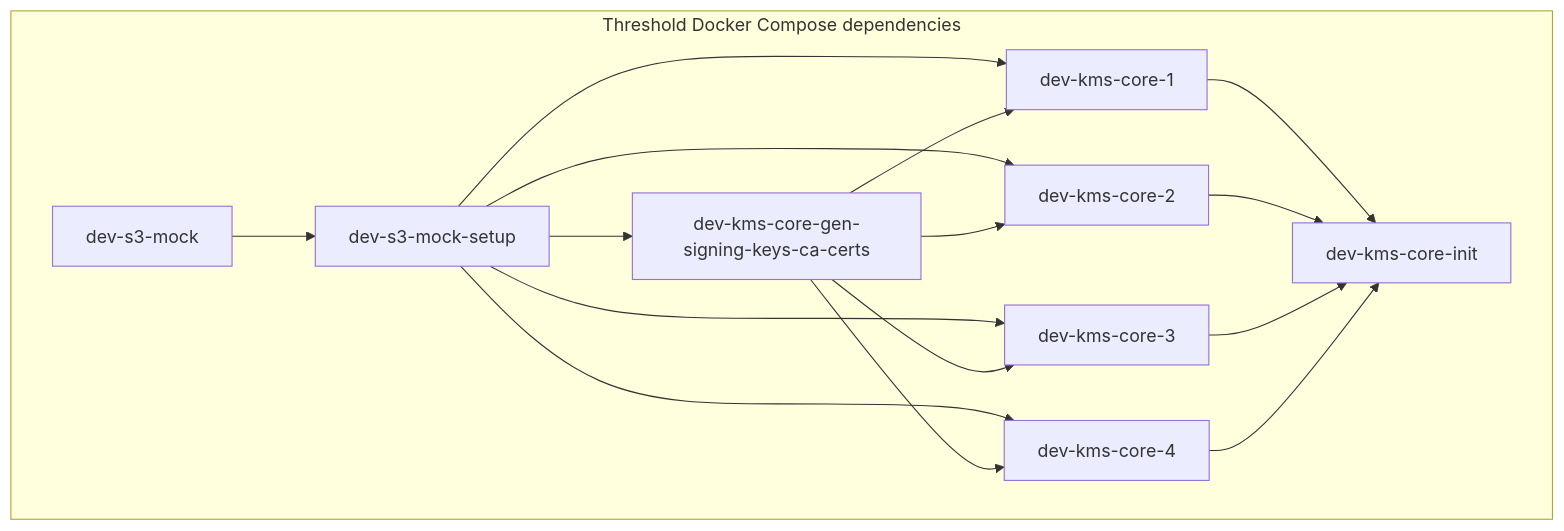
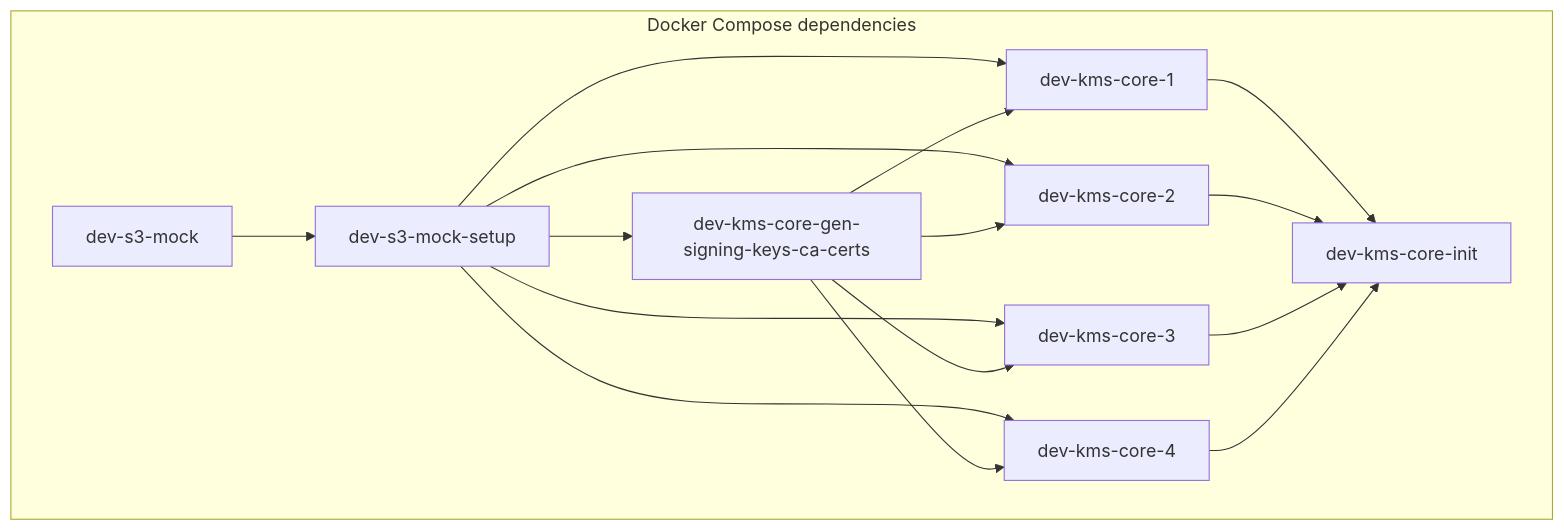
The second of 2 diagrams in docker-compose.md (zama-ai/kms), drawn with Mermaid before and after one commit. The commit also changed other lines of this file and 35 other files, not shown here.

````diff
--- a/docker-compose.md
+++ b/docker-compose.md
@@ -40,33 +50,33 @@
 ```mermaid
 graph
-  subgraph Threshold Docker Compose dependencies
+  subgraph Docker Compose dependencies
     direction LR
     dsm[dev-s3-mock]
     dsms[dev-s3-mock-setup]
     dsm --> dsms
 
     dkcc[dev-kms-core-gen-signing-keys-ca-certs]
     dsms --> dkcc
 
     dkc1[dev-kms-core-1]
     dkc2[dev-kms-core-2]
     dkc3[dev-kms-core-3]
     dkc4[dev-kms-core-4]
 
     dsms --> dkc1
     dsms --> dkc2
     dsms --> dkc3
     dsms --> dkc4
 
     dkcc --> dkc1
     dkcc --> dkc2
     dkcc --> dkc3
     dkcc --> dkc4
 
     dkci[dev-kms-core-init]
     dkc1 --> dkci
     dkc2 --> dkci
     dkc3 --> dkci
     dkc4 --> dkci
   end
 ```
````
